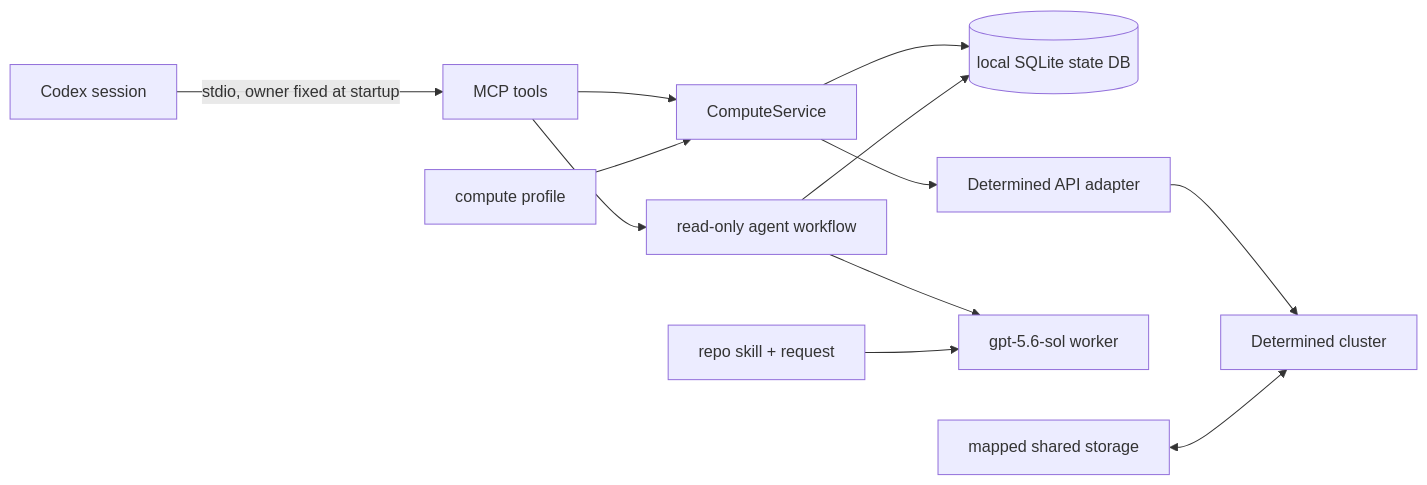
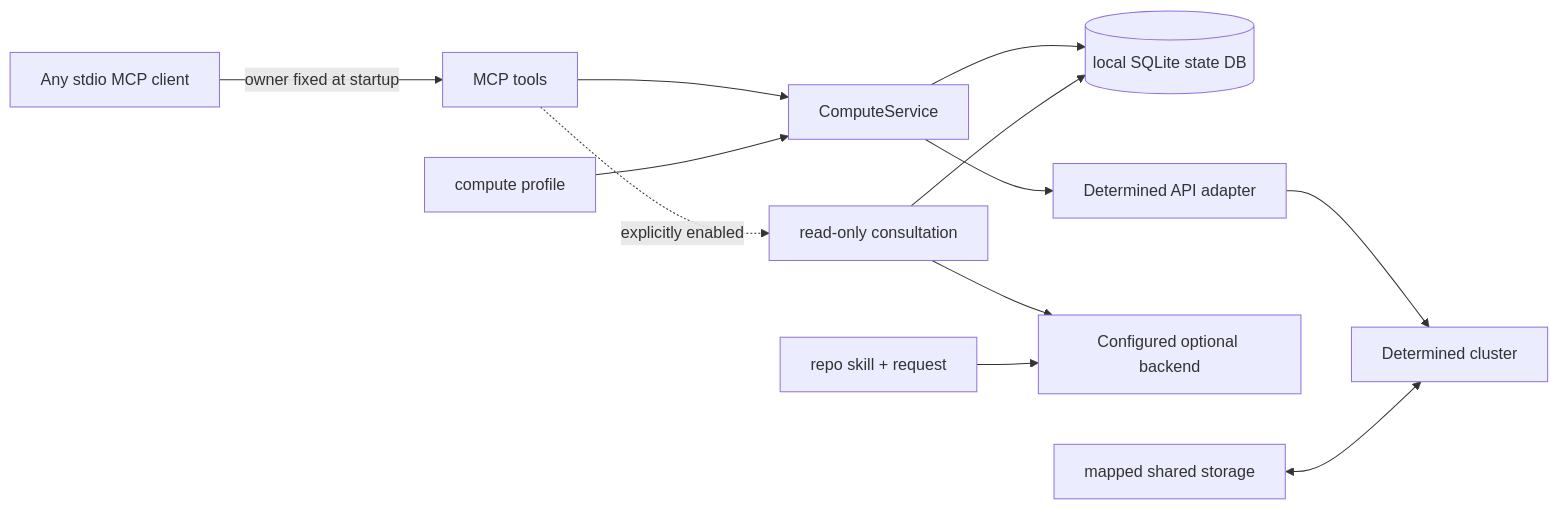
The diagram in docs/compute-service.md (LingzheZhao/determined_batch_submit), drawn with Mermaid before and after one commit. The commit also changed other lines of this file and 6 other files, not shown here.

Commit message:
feat: make Codex consultation optional and configurable

````diff
--- a/docs/compute-service.md
+++ b/docs/compute-service.md
@@ -7,14 +7,14 @@
 ```mermaid
 flowchart LR
-    S[Codex session] -->|stdio, owner fixed at startup| M[MCP tools]
+    S[Any stdio MCP client] -->|owner fixed at startup| M[MCP tools]
     M --> C[ComputeService]
     C --> D[(local SQLite state DB)]
     C --> A[Determined API adapter]
     A --> K[Determined cluster]
-    M --> W[read-only agent workflow]
+    M -. explicitly enabled .-> W[read-only consultation]
     W --> D
-    W --> X[gpt-5.6-sol worker]
+    W --> X[Configured optional backend]
     P[compute profile] --> C
     R[repo skill + request] --> X
     H[mapped shared storage] <--> K
 ```
````
